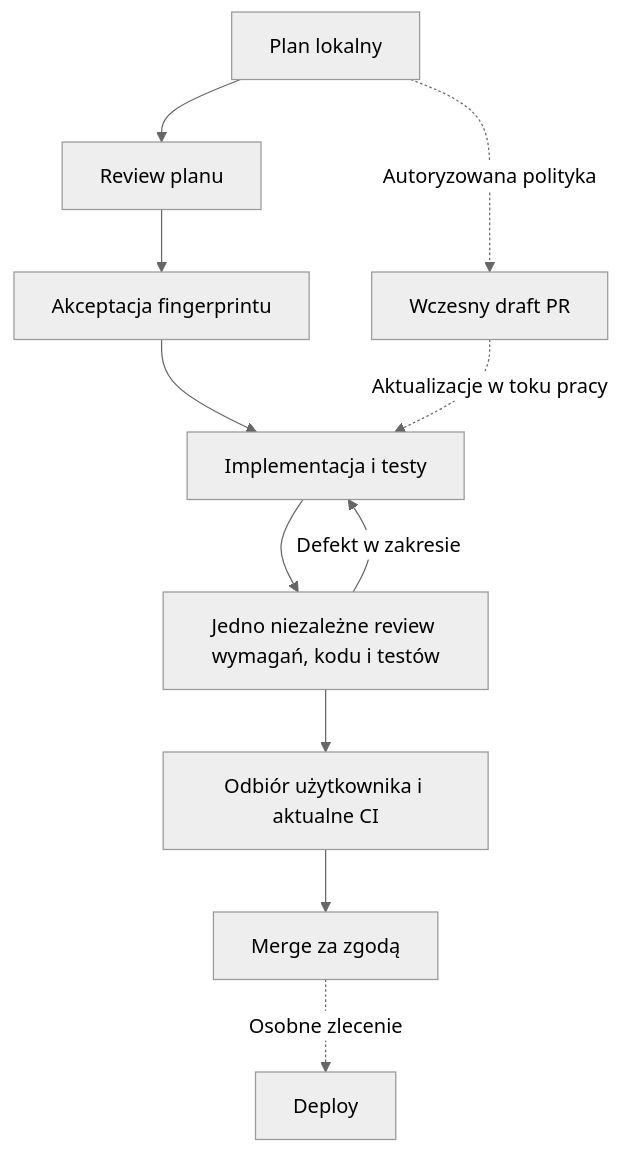
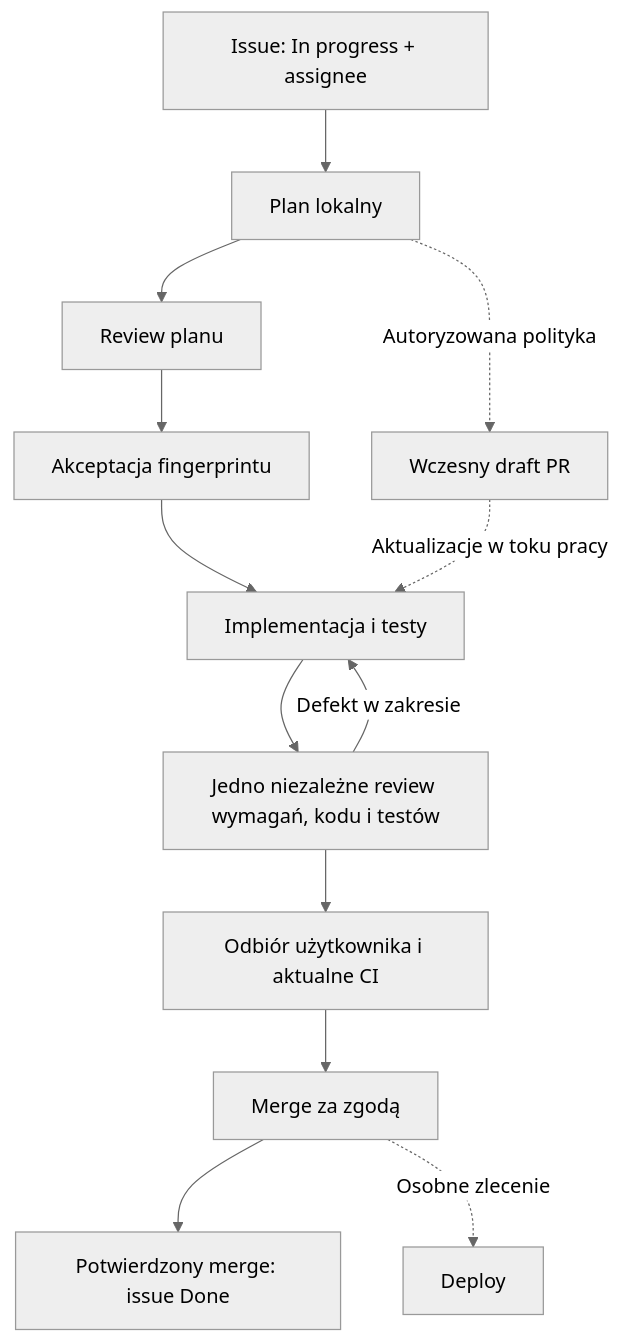
One commit to MateuszKruk1303/raven-workflow changed the diagram in README.md. Above: the diagram before and after it, drawn with Mermaid (neutral theme). The commit also changed other lines of this file and 33 other files, not shown here.

````diff
--- a/README.md
+++ b/README.md
@@ -45,13 +45,15 @@
 ```mermaid
 flowchart TD
-  P[Plan lokalny] --> R[Review planu]
+  T[Issue: In progress + assignee] --> P[Plan lokalny]
+  P --> R[Review planu]
   R --> A[Akceptacja fingerprintu]
   A --> I[Implementacja i testy]
   I --> V[Jedno niezależne review wymagań, kodu i testów]
   V -->|Defekt w zakresie| I
   V --> U[Odbiór użytkownika i aktualne CI]
   U --> M[Merge za zgodą]
+  M --> DONE[Potwierdzony merge: issue Done]
   P -. Autoryzowana polityka .-> D[Wczesny draft PR]
   D -. Aktualizacje w toku pracy .-> I
   M -. Osobne zlecenie .-> DEP[Deploy]
 ```
````
